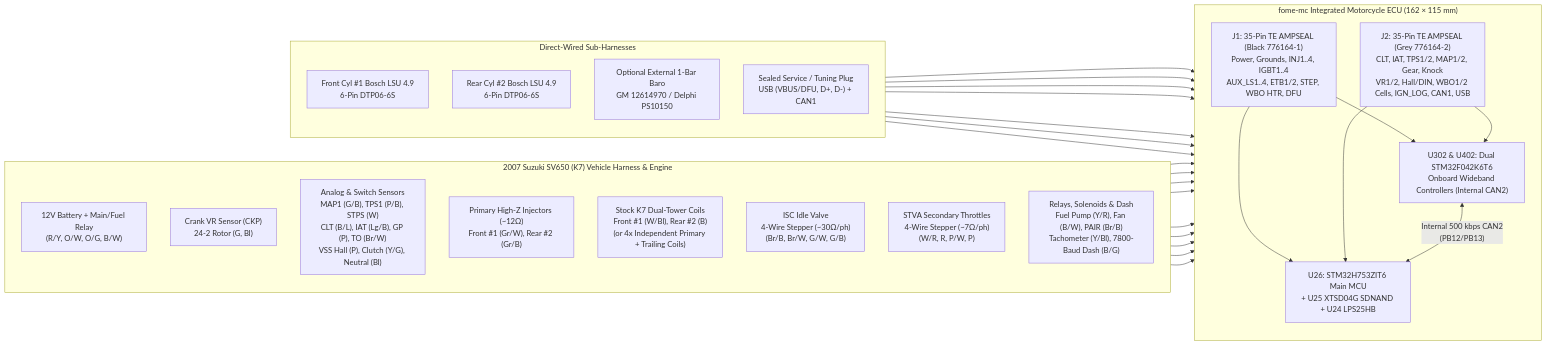
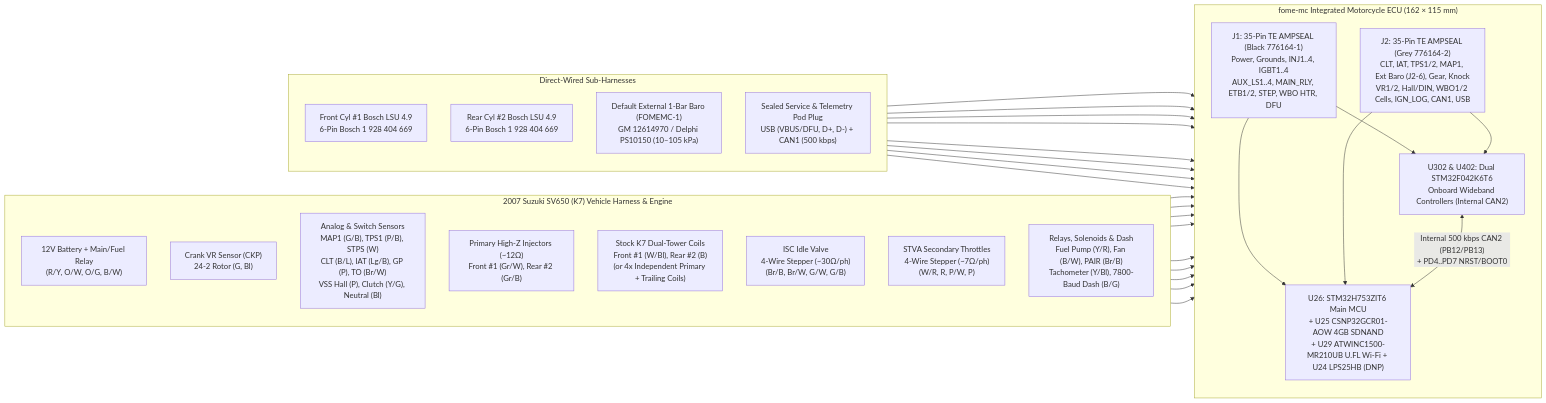
One commit to halbritt/fome-mc changed the first of 2 diagrams in docs/WIRING_SV650_K7.md. Above: the diagram before and after it, drawn with Mermaid. The commit also changed other lines of this file and 60 other files, not shown here.

Commit message:
Update all documentation, schematic SVG/PDF exports, and PCB/floorplan/pinout diagrams

````diff
--- a/docs/WIRING_SV650_K7.md
+++ b/docs/WIRING_SV650_K7.md
@@ -11,52 +11,53 @@
 ```mermaid
 flowchart LR
   subgraph SV650["2007 Suzuki SV650 (K7) Vehicle Harness & Engine"]
     direction TB
     BATT["12V Battery + Main/Fuel Relay\n(R/Y, O/W, O/G, B/W)"]
     CKP["Crank VR Sensor (CKP)\n24-2 Rotor (G, Bl)"]
     SENS["Analog & Switch Sensors\nMAP1 (G/B), TPS1 (P/B), STPS (W)\nCLT (B/L), IAT (Lg/B), GP (P), TO (Br/W)\nVSS Hall (P), Clutch (Y/G), Neutral (Bl)"]
     INJ["Primary High-Z Injectors (~12Ω)\nFront #1 (Gr/W), Rear #2 (Gr/B)"]
     COILS_STOCK["Stock K7 Dual-Tower Coils\nFront #1 (W/Bl), Rear #2 (B)\n(or 4x Independent Primary + Trailing Coils)"]
     ISC["ISC Idle Valve\n4-Wire Stepper (~30Ω/ph)\n(Br/B, Br/W, G/W, G/B)"]
     STVA["STVA Secondary Throttles\n4-Wire Stepper (~7Ω/ph)\n(W/R, R, P/W, P)"]
     AUX["Relays, Solenoids & Dash\nFuel Pump (Y/R), Fan (B/W), PAIR (Br/B)\nTachometer (Y/Bl), 7800-Baud Dash (B/G)"]
   end
 
   subgraph EXT["Direct-Wired Sub-Harnesses"]
     direction TB
-    LSU1["Front Cyl #1 Bosch LSU 4.9\n6-Pin DTP06-6S"]
-    LSU2["Rear Cyl #2 Bosch LSU 4.9\n6-Pin DTP06-6S"]
-    BARO_EXT["Optional External 1-Bar Baro\nGM 12614970 / Delphi PS10150"]
-    SVC["Sealed Service / Tuning Plug\nUSB (VBUS/DFU, D+, D-) + CAN1"]
+    LSU1["Front Cyl #1 Bosch LSU 4.9\n6-Pin Bosch 1 928 404 669"]
+    LSU2["Rear Cyl #2 Bosch LSU 4.9\n6-Pin Bosch 1 928 404 669"]
+    BARO_EXT["Default External 1-Bar Baro (FOMEMC-1)\nGM 12614970 / Delphi PS10150 (10–105 kPa)"]
+    SVC["Sealed Service & Telemetry Pod Plug\nUSB (VBUS/DFU, D+, D-) + CAN1 (500 kbps)"]
   end
 
   subgraph ECU["fome-mc Integrated Motorcycle ECU (162 × 115 mm)"]
     direction TB
-    J1["J1: 35-Pin TE AMPSEAL (Black 776164-1)\nPower, Grounds, INJ1..4, IGBT1..4\nAUX_LS1..4, ETB1/2, STEP, WBO HTR, DFU"]
-    J2["J2: 35-Pin TE AMPSEAL (Grey 776164-2)\nCLT, IAT, TPS1/2, MAP1/2, Gear, Knock\nVR1/2, Hall/DIN, WBO1/2 Cells, IGN_LOG, CAN1, USB"]
-    H7["U26: STM32H753ZIT6 Main MCU\n+ U25 XTSD04G SDNAND + U24 LPS25HB"]
+    J1["J1: 35-Pin TE AMPSEAL (Black 776164-1)\nPower, Grounds, INJ1..4, IGBT1..4\nAUX_LS1..4, MAIN_RLY, ETB1/2, STEP, WBO HTR, DFU"]
+    J2["J2: 35-Pin TE AMPSEAL (Grey 776164-2)\nCLT, IAT, TPS1/2, MAP1, Ext Baro (J2-6), Gear, Knock\nVR1/2, Hall/DIN, WBO1/2 Cells, IGN_LOG, CAN1, USB"]
+    H7["U26: STM32H753ZIT6 Main MCU\n+ U25 CSNP32GCR01-AOW 4GB SDNAND\n+ U29 ATWINC1500-MR210UB U.FL Wi-Fi + U24 LPS25HB (DNP)"]
     WBO["U302 & U402: Dual STM32F042K6T6\nOnboard Wideband Controllers (Internal CAN2)"]
     J1 --> H7
     J2 --> H7
     J1 --> WBO
     J2 --> WBO
-    WBO <-->|"Internal 500 kbps CAN2\n(PB12/PB13)"| H7
+    WBO <-->|"Internal 500 kbps CAN2 (PB12/PB13)\n+ PD4..PD7 NRST/BOOT0"| H7
   end
 
   BATT --> J1
   INJ --> J1
   COILS_STOCK --> J1
   ISC --> J1
   STVA --> J1
   AUX --> J1
   AUX --> J2
   CKP --> J2
   SENS --> J2
   LSU1 --> J1
   LSU1 --> J2
   LSU2 --> J1
   LSU2 --> J2
+  BARO_EXT --> J1
   BARO_EXT --> J2
   SVC --> J1
   SVC --> J2
 ```
````
